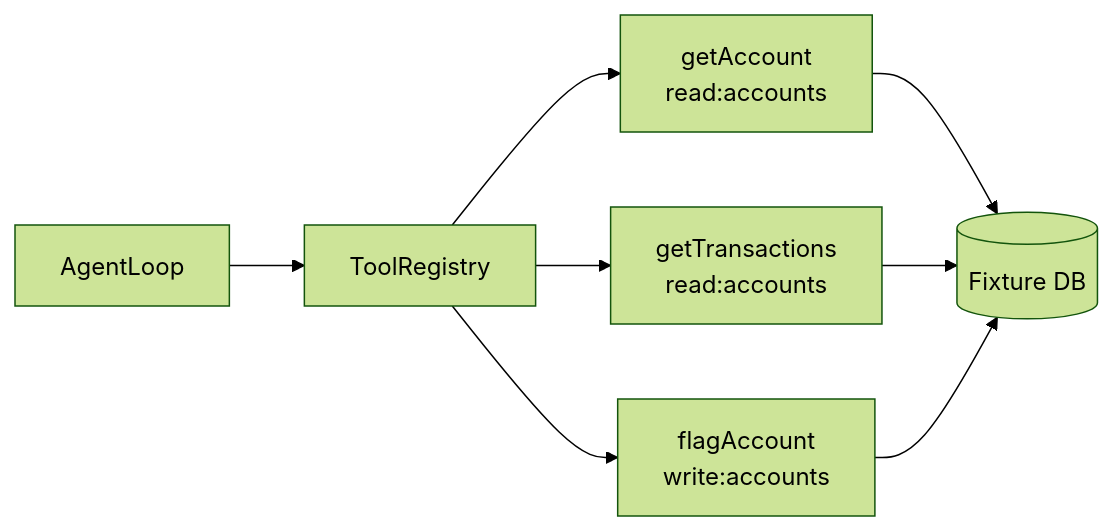
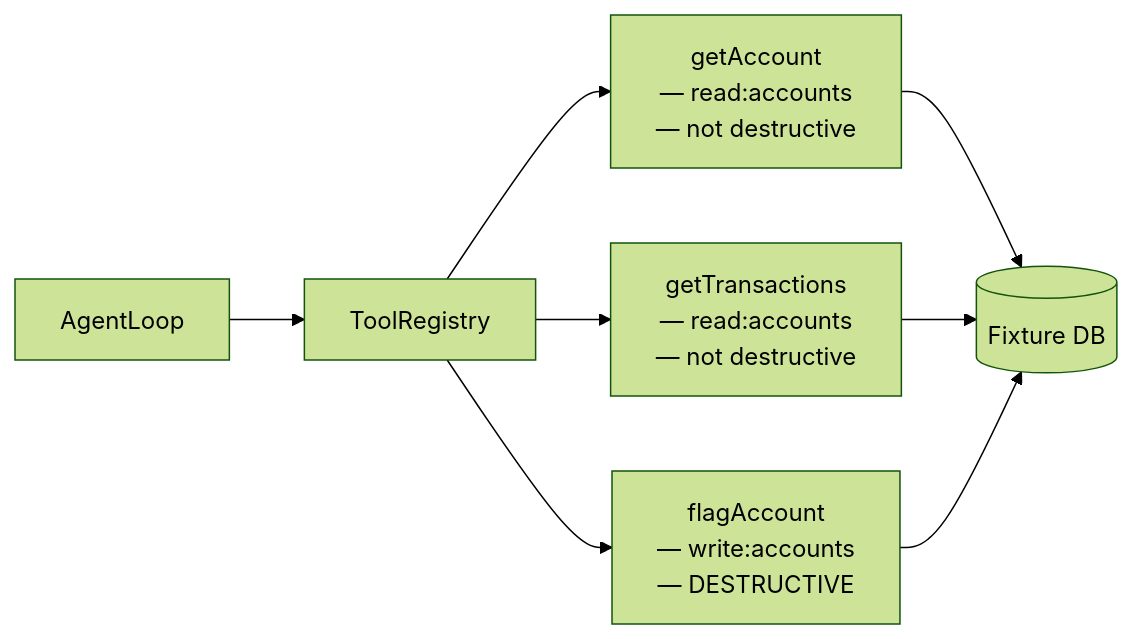
One commit to adu3110/building-agentic-systems changed the first of 2 diagrams in src/book1/07-tools.md. Above: the diagram before and after it, drawn with Mermaid (forest theme). The commit also changed other lines of this file and 9 other files, not shown here.

````diff
--- a/src/book1/07-tools.md
+++ b/src/book1/07-tools.md
@@ -9,10 +20,10 @@
 ```mermaid
 flowchart LR
   Agent[AgentLoop] --> R[ToolRegistry]
-  R --> GA[getAccount\nread:accounts]
-  R --> GT[getTransactions\nread:accounts]
-  R --> FA[flagAccount\nwrite:accounts]
+  R --> GA["getAccount\n— read:accounts\n— not destructive"]
+  R --> GT["getTransactions\n— read:accounts\n— not destructive"]
+  R --> FA["flagAccount\n— write:accounts\n— DESTRUCTIVE"]
   GA --> DB[(Fixture DB)]
   GT --> DB
   FA --> DB
 ```
````
